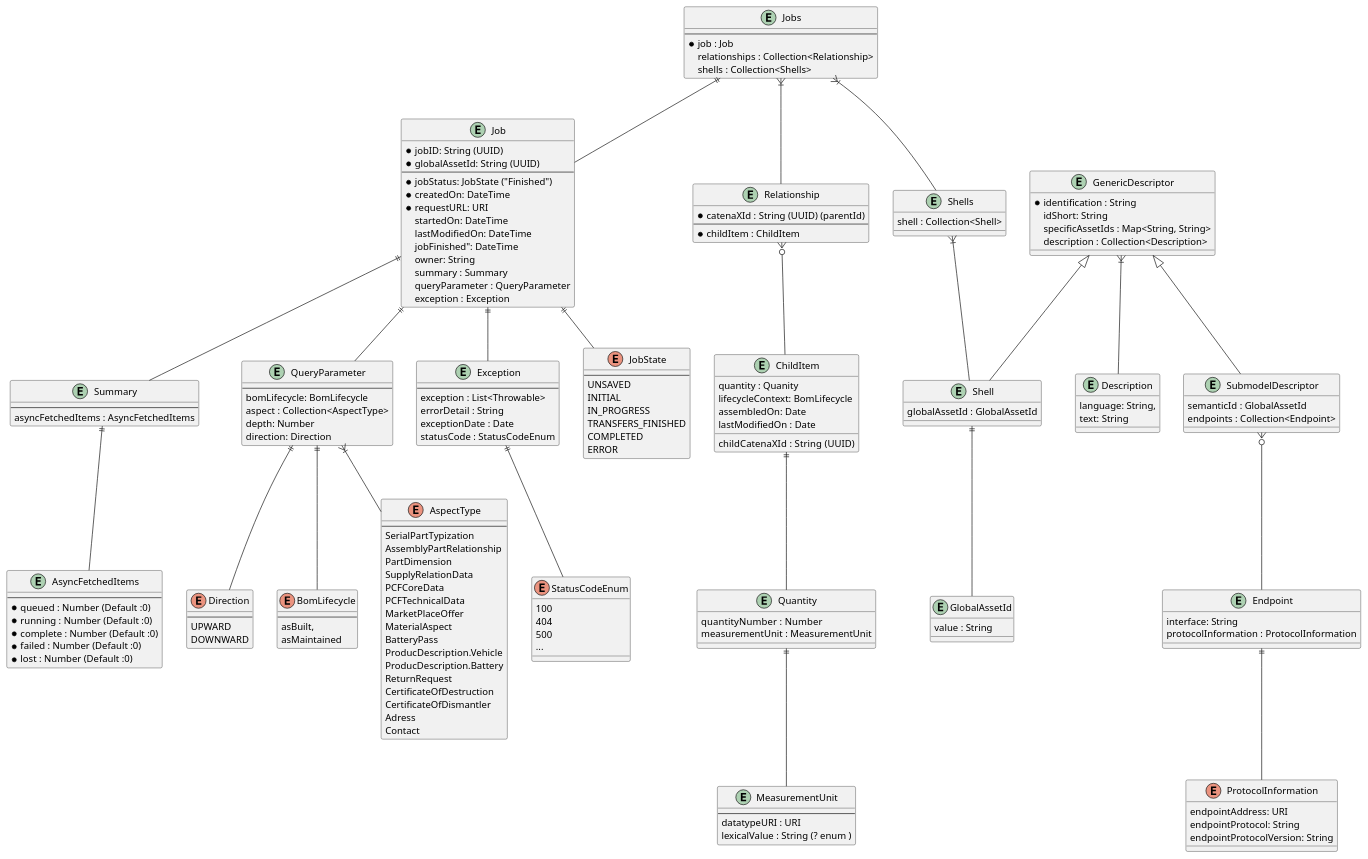
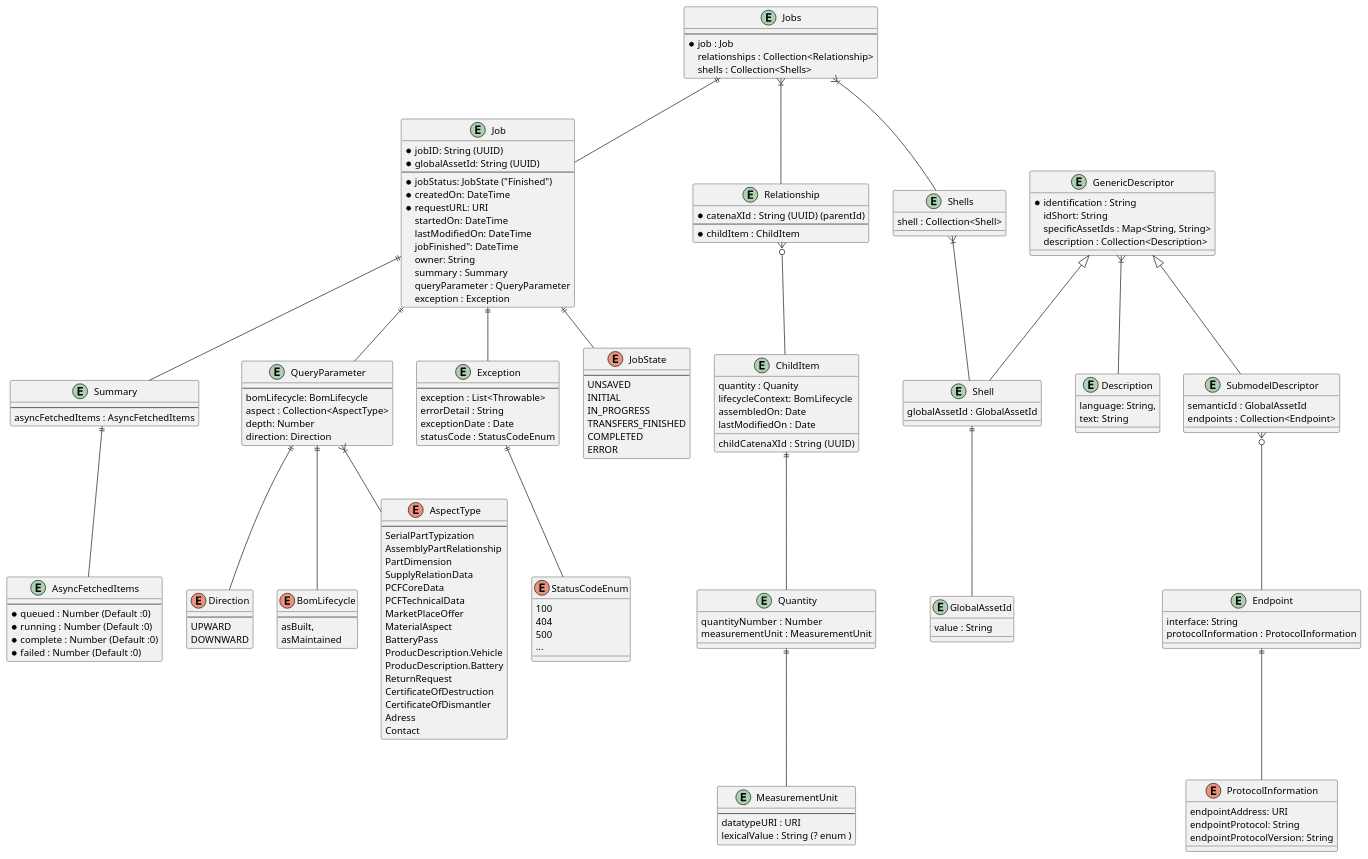
The diagram in uml-diagramms/partRelationshipsWithInfos-modelv0.2.puml (eclipse-tractusx/item-relationship-service), drawn with PlantUML before and after one commit. The commit also changed 1 other file, not shown here.

Commit message:
fix(api):[TRI-274] removed lost attribute

```diff
--- a/uml-diagramms/partRelationshipsWithInfos-modelv0.2.puml
+++ b/uml-diagramms/partRelationshipsWithInfos-modelv0.2.puml
@@ -1,195 +1,194 @@
 @startuml
 entity Jobs {
     ---
     * job : Job
     relationships : Collection<Relationship>
     shells : Collection<Shells>
 }
 
 entity Job {
      * jobID: String (UUID)
      * globalAssetId: String (UUID)
      ---
      * jobStatus: JobState ("Finished")
      * createdOn: DateTime
      * requestURL: URI
      startedOn: DateTime
      lastModifiedOn: DateTime
      jobFinished": DateTime
      owner: String
      summary : Summary
      queryParameter : QueryParameter
      exception : Exception
 }
 
 entity Summary {
     ---
     asyncFetchedItems : AsyncFetchedItems
 }
 
 entity AsyncFetchedItems {
     ---
     * queued : Number (Default :0)
     * running : Number (Default :0)
     * complete : Number (Default :0)
     * failed : Number (Default :0)
-    * lost : Number (Default :0)
 }
 
 entity QueryParameter {
      ---
      bomLifecycle: BomLifecycle
      aspect : Collection<AspectType>
      depth: Number
      direction: Direction
 }
 
 QueryParameter ||--  Direction
 QueryParameter ||--  BomLifecycle
 QueryParameter }|--  AspectType
 Summary ||--  AsyncFetchedItems
 Job ||-- QueryParameter
 
 
 enum Direction {
     ---
     UPWARD
     DOWNWARD
 }
 
 enum BomLifecycle {
     ---
     asBuilt,
     asMaintained
 }
 
 enum AspectType {
     ---
     SerialPartTypization
 	AssemblyPartRelationship
 	PartDimension
 	SupplyRelationData
 	PCFCoreData
 	PCFTechnicalData
 	MarketPlaceOffer
 	MaterialAspect
 	BatteryPass
 	ProducDescription.Vehicle
 	ProducDescription.Battery
 	ReturnRequest
 	CertificateOfDestruction
 	CertificateOfDismantler
 	Adress
 	Contact
 }
 
 entity Exception {
     ---
     exception : List<Throwable>
     errorDetail : String
     exceptionDate : Date
     statusCode : StatusCodeEnum
 }
 
 enum  StatusCodeEnum {
     100
     404
     500
     ...
 }
 
 enum JobState {
     ---
     UNSAVED
     INITIAL
     IN_PROGRESS
     TRANSFERS_FINISHED
     COMPLETED
     ERROR
 }
 
 entity Relationship {
    * catenaXId : String (UUID) (parentId)
 --
   * childItem : ChildItem
  }
 
 entity ChildItem {
     quantity : Quanity
     lifecycleContext: BomLifecycle
     assembledOn: Date
     lastModifiedOn : Date
     childCatenaXId  : String (UUID)
 }
 
 entity Quantity {
     quantityNumber  : Number
     measurementUnit : MeasurementUnit
 }
 
 entity MeasurementUnit {
     --
     datatypeURI : URI
     lexicalValue : String (? enum )
 }
 
 Quantity  ||-- MeasurementUnit
 ChildItem ||-- Quantity
 
 entity Shells {
     shell : Collection<Shell>
 }
 
 entity Description {
      language: String,
      text: String
 }
 
 entity GenericDescriptor {
      * identification : String
      idShort: String
      specificAssetIds : Map<String, String>
      description : Collection<Description>
 }
 
 entity Shell {
     globalAssetId : GlobalAssetId
 }
 
 entity GlobalAssetId {
     value : String
 }
 
 entity SubmodelDescriptor {
     semanticId : GlobalAssetId
     endpoints : Collection<Endpoint>
 }
 
 entity Endpoint {
     interface: String
     protocolInformation : ProtocolInformation
 }
 
 enum ProtocolInformation {
      endpointAddress: URI
      endpointProtocol: String
      endpointProtocolVersion: String
 }
 
 Jobs ||-- Job
 Jobs }|-- Relationship
 Jobs }|-- Shells
 Job ||-- JobState
 Job ||-- Summary
 Job ||--  Exception
 Shells }|-- Shell
 GenericDescriptor }|-- Description
 Shell ||-- GlobalAssetId
 GenericDescriptor <|-- Shell
 GenericDescriptor <|-- SubmodelDescriptor
 Endpoint ||--  ProtocolInformation
 Relationship }o-- ChildItem
 SubmodelDescriptor }o-- Endpoint
 Exception ||-- StatusCodeEnum
 
 @enduml
```
